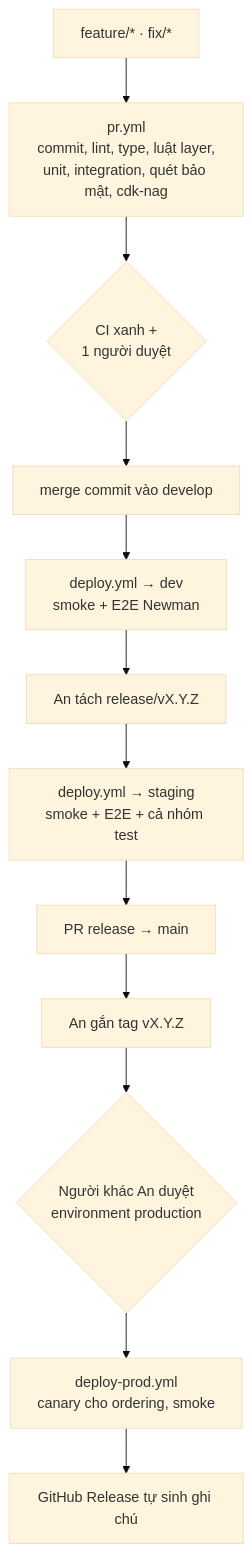
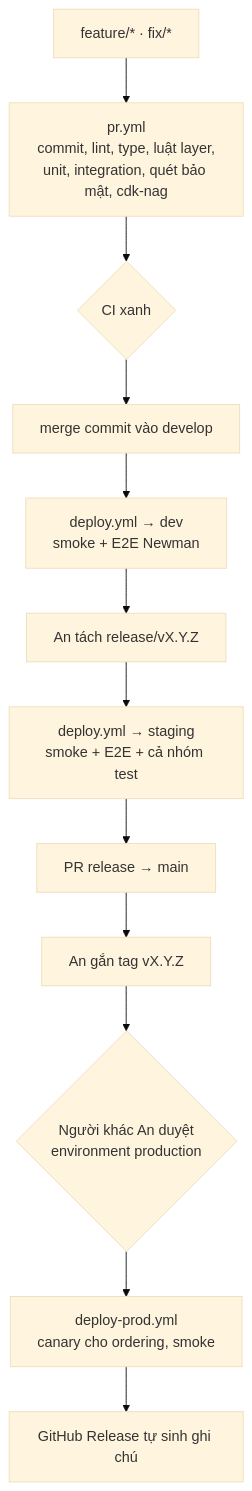
Before and after one commit to hhieuann/shop-ai: the second of 2 diagrams in docs/engineering-plan.md, drawn with Mermaid (base theme). The commit also changed other lines of this file and 10 other files, not shown here.

````diff
--- a/docs/engineering-plan.md
+++ b/docs/engineering-plan.md
@@ -289,14 +289,14 @@
 ```mermaid
 flowchart TB
   A["feature/* · fix/*"] --> B["pr.yml<br/>commit, lint, type, luật layer,<br/>unit, integration, quét bảo mật, cdk-nag"]
-  B --> C{"CI xanh +<br/>1 người duyệt"}
+  B --> C{"CI xanh"}
   C --> D["merge commit vào develop"]
   D --> E["deploy.yml → dev<br/>smoke + E2E Newman"]
   E --> F["An tách release/vX.Y.Z"]
   F --> G["deploy.yml → staging<br/>smoke + E2E + cả nhóm test"]
   G --> H["PR release → main"]
   H --> I["An gắn tag vX.Y.Z"]
   I --> J{"Người khác An duyệt<br/>environment production"}
   J --> K["deploy-prod.yml<br/>canary cho ordering, smoke"]
   K --> L["GitHub Release tự sinh ghi chú"]
 ```
````
